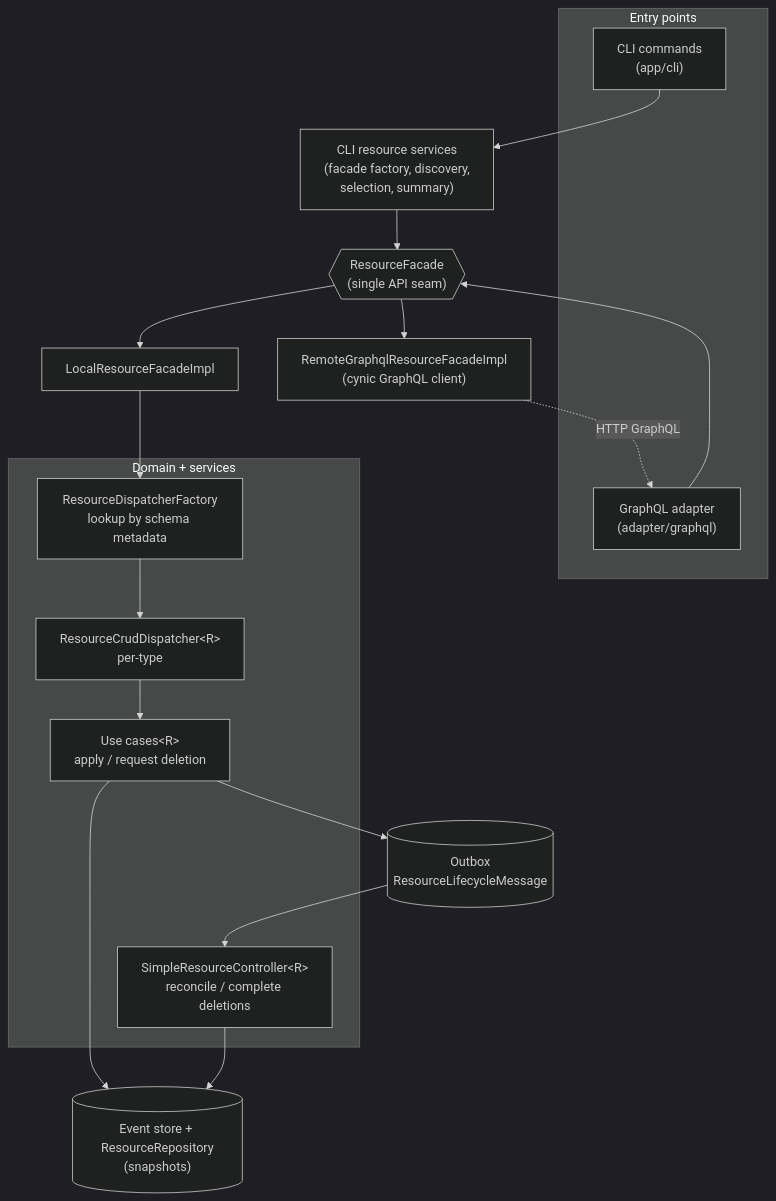
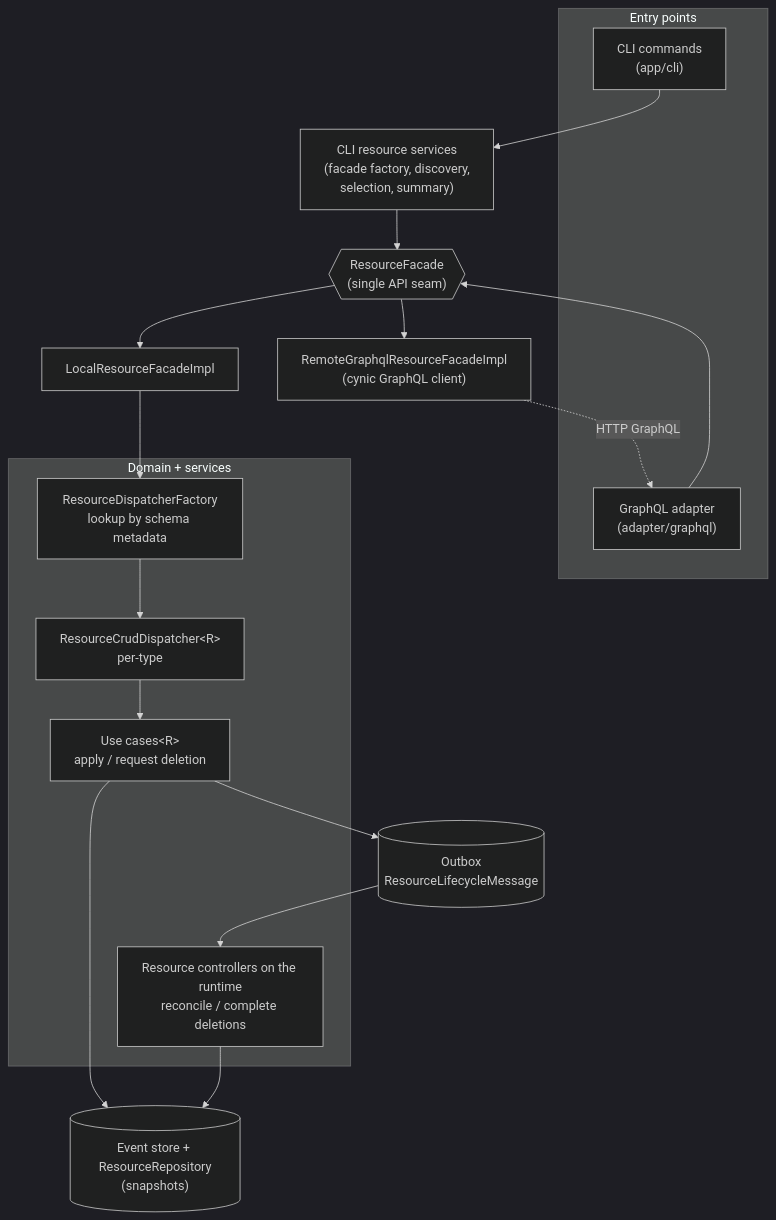
Before and after one commit to kamu-data/kamu-cli: the first of 6 diagrams in docs/internal/resources-framework.md, drawn with Mermaid (dark theme). The commit also changed other lines of this file and 3 other files, not shown here.

Commit message:
Recovery tests on real resource types; docs and changelog for the controller runtime path

````diff
--- a/docs/internal/resources-framework.md
+++ b/docs/internal/resources-framework.md
@@ -214,32 +214,32 @@
 ```mermaid
 flowchart TD
     subgraph adapters["Entry points"]
       CLI["CLI commands<br/>(app/cli)"]
       GQL["GraphQL adapter<br/>(adapter/graphql)"]
     end
 
     CLISVC["CLI resource services<br/>(facade factory, discovery,<br/>selection, summary)"]
     FACADE{{"ResourceFacade<br/>(single API seam)"}}
     LOCAL["LocalResourceFacadeImpl"]
     REMOTE["RemoteGraphqlResourceFacadeImpl<br/>(cynic GraphQL client)"]
 
     subgraph domain["Domain + services"]
       REG["ResourceDispatcherFactory<br/>lookup by schema metadata"]
       DISP["ResourceCrudDispatcher&lt;R&gt;<br/>per-type"]
       UC["Use cases&lt;R&gt;<br/>apply / request deletion"]
-      CTL["SimpleResourceController&lt;R&gt;<br/>reconcile / complete deletions"]
+      CTL["Resource controllers on the runtime<br/>reconcile / complete deletions"]
     end
 
     STORE[("Event store + ResourceRepository<br/>(snapshots)")]
     OUTBOX[("Outbox<br/>ResourceLifecycleMessage")]
 
     CLI --> CLISVC --> FACADE
     GQL --> FACADE
     FACADE --> LOCAL
     FACADE --> REMOTE
     REMOTE -.HTTP GraphQL.-> GQL
     LOCAL --> REG --> DISP --> UC
     UC --> STORE
     UC --> OUTBOX
     OUTBOX --> CTL --> STORE
 ```
````
